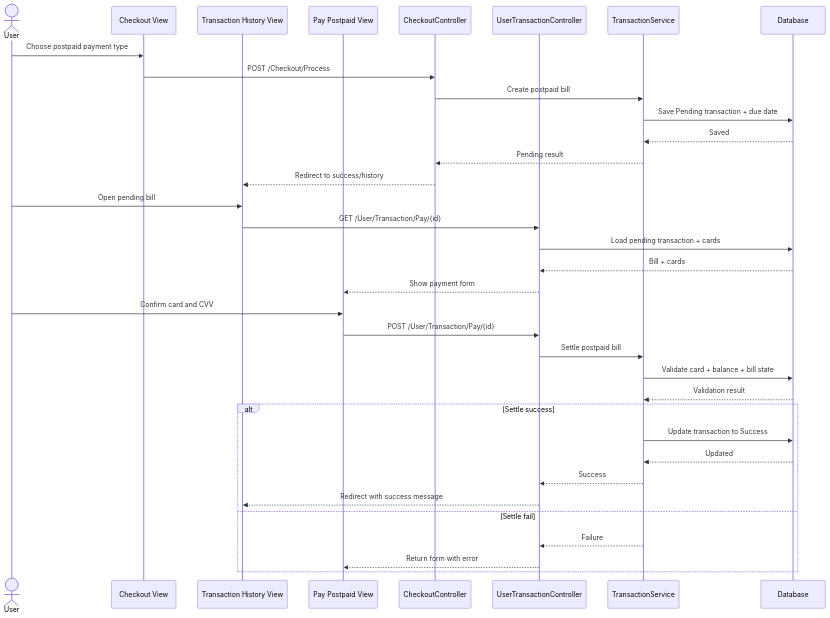
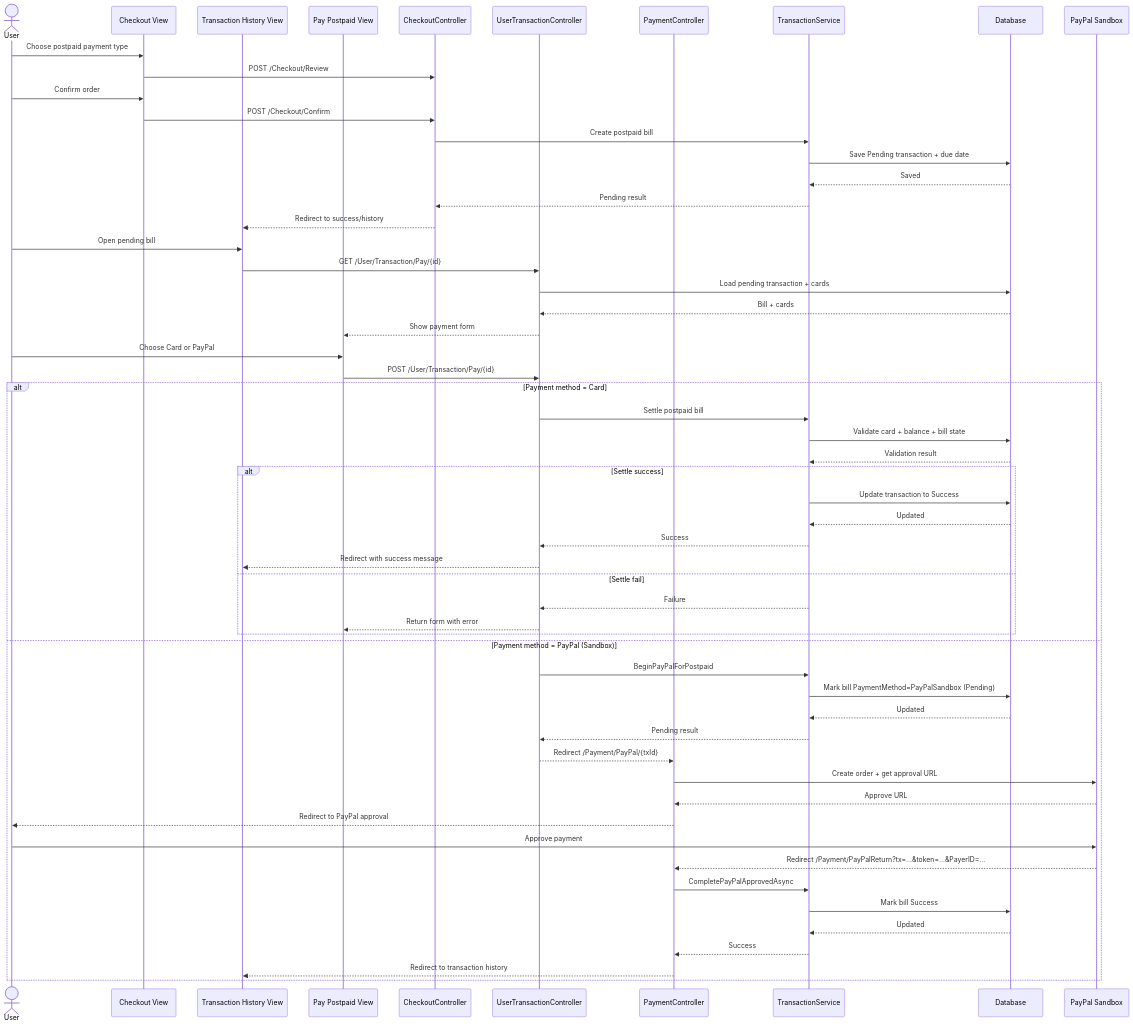
The diagram in doc/sequence/SEQUENCE_POSTPAID_CREATE_AND_PAY.mmd (phuchoang0167/Online_Mobile_Recharge), drawn with Mermaid before and after one commit. The commit also changed 86 other files, not shown here.

First line of the commit message:
Add PayPal Sandbox for guest & postpaid; admin/audit UX

```diff
--- a/doc/sequence/SEQUENCE_POSTPAID_CREATE_AND_PAY.mmd
+++ b/doc/sequence/SEQUENCE_POSTPAID_CREATE_AND_PAY.mmd
@@ -1,39 +1,63 @@
 sequenceDiagram
     actor User
     participant Checkout as Checkout View
     participant History as Transaction History View
     participant PayView as Pay Postpaid View
     participant CheckoutController as CheckoutController
     participant UserTx as UserTransactionController
+    participant PaymentController as PaymentController
     participant TxService as TransactionService
     participant DB as Database
+    participant PayPal as PayPal Sandbox
 
     User->>Checkout: Choose postpaid payment type
-    Checkout->>CheckoutController: POST /Checkout/Process
+    Checkout->>CheckoutController: POST /Checkout/Review
+
+    User->>Checkout: Confirm order
+    Checkout->>CheckoutController: POST /Checkout/Confirm
     CheckoutController->>TxService: Create postpaid bill
     TxService->>DB: Save Pending transaction + due date
     DB-->>TxService: Saved
     TxService-->>CheckoutController: Pending result
     CheckoutController-->>History: Redirect to success/history
 
     User->>History: Open pending bill
     History->>UserTx: GET /User/Transaction/Pay/{id}
     UserTx->>DB: Load pending transaction + cards
     DB-->>UserTx: Bill + cards
     UserTx-->>PayView: Show payment form
 
-    User->>PayView: Confirm card and CVV
+    User->>PayView: Choose Card or PayPal
     PayView->>UserTx: POST /User/Transaction/Pay/{id}
-    UserTx->>TxService: Settle postpaid bill
-    TxService->>DB: Validate card + balance + bill state
-    DB-->>TxService: Validation result
 
-    alt Settle success
-        TxService->>DB: Update transaction to Success
+    alt Payment method = Card
+        UserTx->>TxService: Settle postpaid bill
+        TxService->>DB: Validate card + balance + bill state
+        DB-->>TxService: Validation result
+
+        alt Settle success
+            TxService->>DB: Update transaction to Success
+            DB-->>TxService: Updated
+            TxService-->>UserTx: Success
+            UserTx-->>History: Redirect with success message
+        else Settle fail
+            TxService-->>UserTx: Failure
+            UserTx-->>PayView: Return form with error
+        end
+    else Payment method = PayPal (Sandbox)
+        UserTx->>TxService: BeginPayPalForPostpaid
+        TxService->>DB: Mark bill PaymentMethod=PayPalSandbox (Pending)
         DB-->>TxService: Updated
-        TxService-->>UserTx: Success
-        UserTx-->>History: Redirect with success message
-    else Settle fail
-        TxService-->>UserTx: Failure
-        UserTx-->>PayView: Return form with error
+        TxService-->>UserTx: Pending result
+        UserTx-->>PaymentController: Redirect /Payment/PayPal/{txId}
+        PaymentController->>PayPal: Create order + get approval URL
+        PayPal-->>PaymentController: Approve URL
+        PaymentController-->>User: Redirect to PayPal approval
+        User->>PayPal: Approve payment
+        PayPal-->>PaymentController: Redirect /Payment/PayPalReturn?tx=...&token=...&PayerID=...
+        PaymentController->>TxService: CompletePayPalApprovedAsync
+        TxService->>DB: Mark bill Success
+        DB-->>TxService: Updated
+        TxService-->>PaymentController: Success
+        PaymentController-->>History: Redirect to transaction history
     end
```
